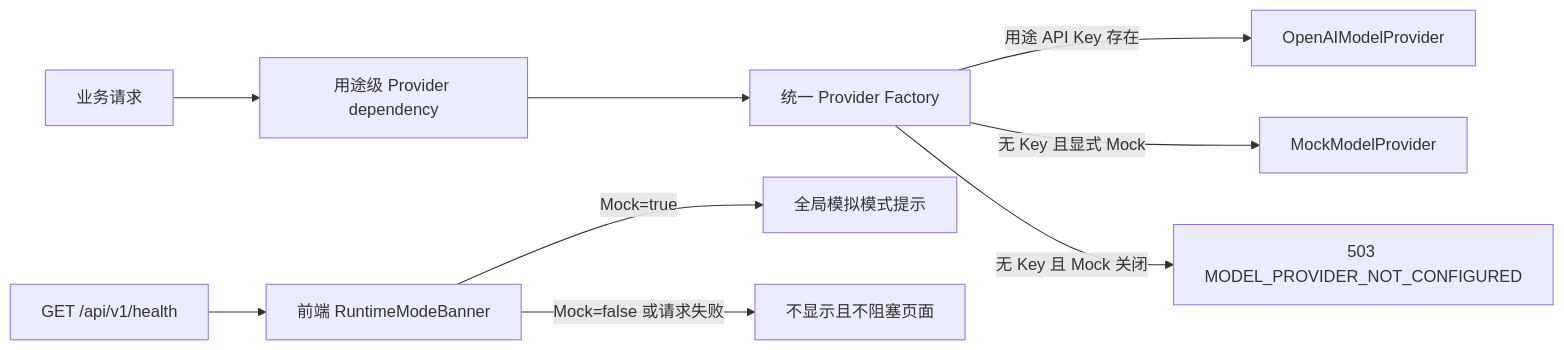
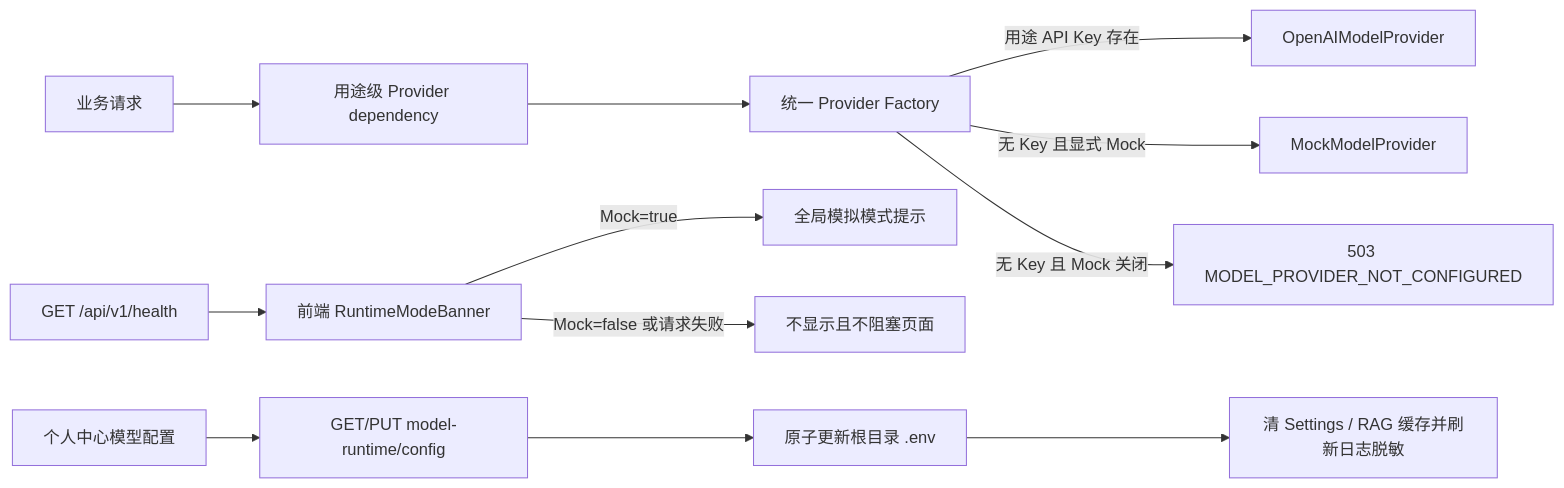
The diagram in docs/domains/model-runtime/index.md (cyruan815/CourseNexus), drawn with Mermaid before and after one commit. The commit also changed other lines of this file and 12 other files, not shown here.

Commit message:
docs(model-runtime): 记录共享模型配置契约与技术债

````diff
--- a/docs/domains/model-runtime/index.md
+++ b/docs/domains/model-runtime/index.md
@@ -32,11 +34,14 @@
 ```mermaid
 flowchart LR
     A[业务请求] --> B[用途级 Provider dependency]
     B --> C[统一 Provider Factory]
     C -->|用途 API Key 存在| D[OpenAIModelProvider]
     C -->|无 Key 且显式 Mock| E[MockModelProvider]
     C -->|无 Key 且 Mock 关闭| F[503 MODEL_PROVIDER_NOT_CONFIGURED]
     G[GET /api/v1/health] --> H[前端 RuntimeModeBanner]
     H -->|Mock=true| I[全局模拟模式提示]
     H -->|Mock=false 或请求失败| J[不显示且不阻塞页面]
+    K[个人中心模型配置] --> L[GET/PUT model-runtime/config]
+    L --> M[原子更新根目录 .env]
+    M --> N[清 Settings / RAG 缓存并刷新日志脱敏]
 ```
````
